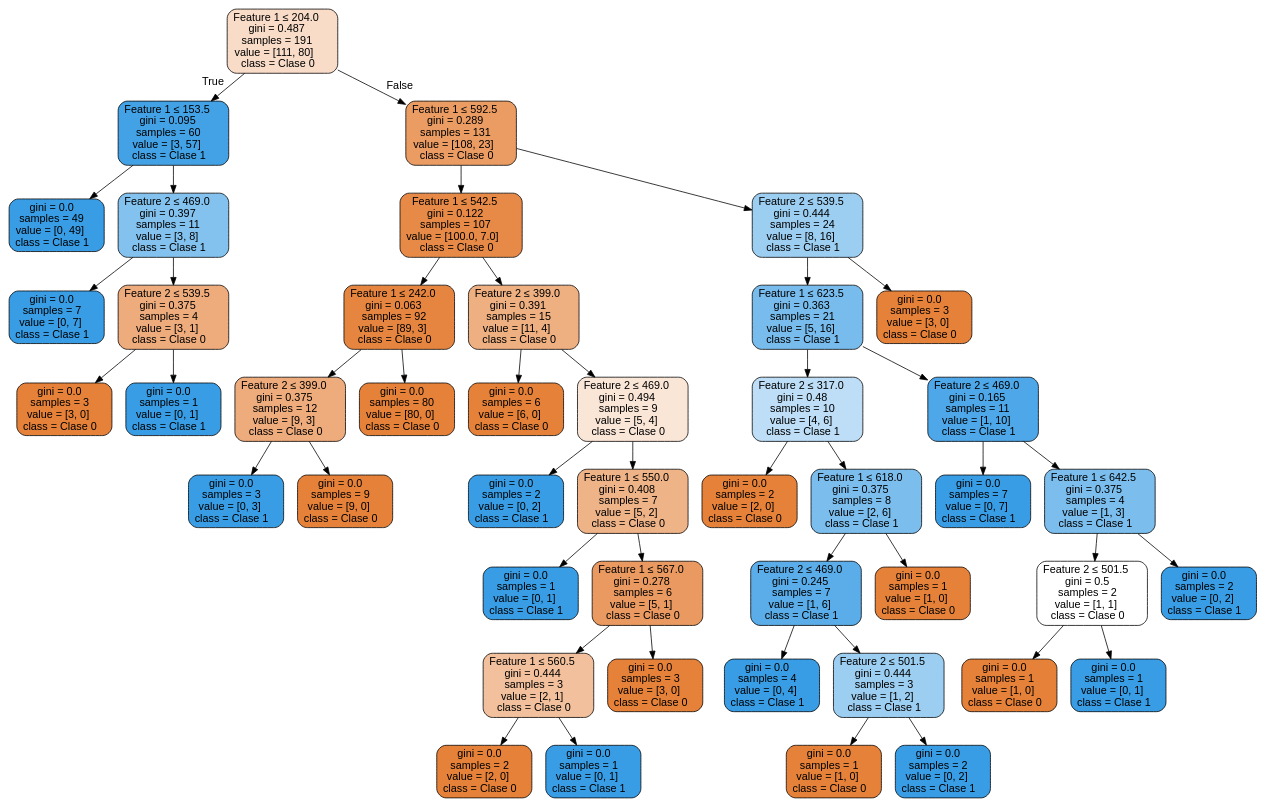
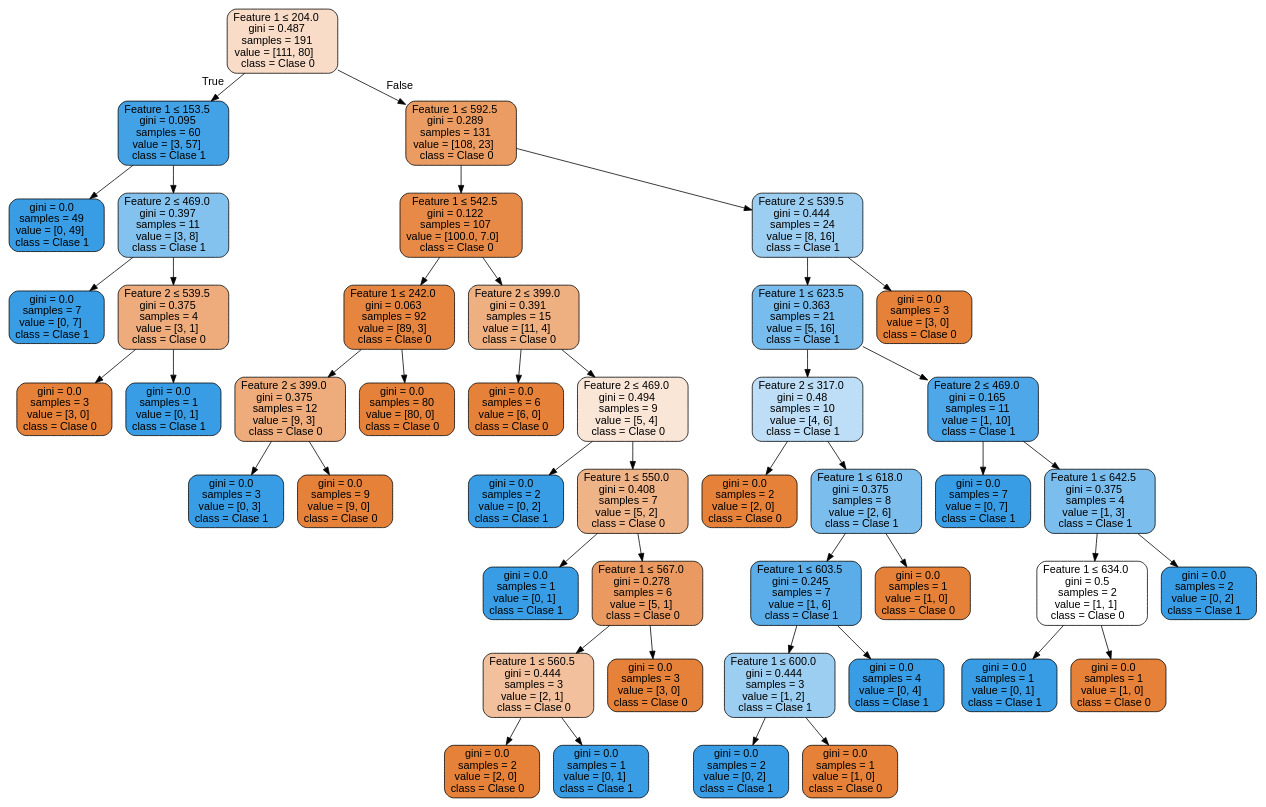
One commit to eAlcaraz85/IA.io changed the diagram in Source.gv. Above: the diagram before and after it, drawn with Graphviz. The commit also changed 5 other files, not shown here.

```diff
--- a/Source.gv
+++ b/Source.gv
@@ -1,93 +1,93 @@
 digraph Tree {
 node [shape=box, style="filled, rounded", color="black", fontname="helvetica"] ;
 edge [fontname="helvetica"] ;
 0 [label=<Feature 1 &le; 204.0<br/>gini = 0.487<br/>samples = 191<br/>value = [111, 80]<br/>class = Clase 0>, fillcolor="#f8dcc8"] ;
 1 [label=<Feature 1 &le; 153.5<br/>gini = 0.095<br/>samples = 60<br/>value = [3, 57]<br/>class = Clase 1>, fillcolor="#43a2e6"] ;
 0 -> 1 [labeldistance=2.5, labelangle=45, headlabel="True"] ;
 2 [label=<gini = 0.0<br/>samples = 49<br/>value = [0, 49]<br/>class = Clase 1>, fillcolor="#399de5"] ;
 1 -> 2 ;
 3 [label=<Feature 2 &le; 469.0<br/>gini = 0.397<br/>samples = 11<br/>value = [3, 8]<br/>class = Clase 1>, fillcolor="#83c2ef"] ;
 1 -> 3 ;
 4 [label=<gini = 0.0<br/>samples = 7<br/>value = [0, 7]<br/>class = Clase 1>, fillcolor="#399de5"] ;
 3 -> 4 ;
 5 [label=<Feature 2 &le; 539.5<br/>gini = 0.375<br/>samples = 4<br/>value = [3, 1]<br/>class = Clase 0>, fillcolor="#eeab7b"] ;
 3 -> 5 ;
 6 [label=<gini = 0.0<br/>samples = 3<br/>value = [3, 0]<br/>class = Clase 0>, fillcolor="#e58139"] ;
 5 -> 6 ;
 7 [label=<gini = 0.0<br/>samples = 1<br/>value = [0, 1]<br/>class = Clase 1>, fillcolor="#399de5"] ;
 5 -> 7 ;
 8 [label=<Feature 1 &le; 592.5<br/>gini = 0.289<br/>samples = 131<br/>value = [108, 23]<br/>class = Clase 0>, fillcolor="#eb9c63"] ;
 0 -> 8 [labeldistance=2.5, labelangle=-45, headlabel="False"] ;
 9 [label=<Feature 1 &le; 542.5<br/>gini = 0.122<br/>samples = 107<br/>value = [100.0, 7.0]<br/>class = Clase 0>, fillcolor="#e78a47"] ;
 8 -> 9 ;
 10 [label=<Feature 1 &le; 242.0<br/>gini = 0.063<br/>samples = 92<br/>value = [89, 3]<br/>class = Clase 0>, fillcolor="#e68540"] ;
 9 -> 10 ;
 11 [label=<Feature 2 &le; 399.0<br/>gini = 0.375<br/>samples = 12<br/>value = [9, 3]<br/>class = Clase 0>, fillcolor="#eeab7b"] ;
 10 -> 11 ;
 12 [label=<gini = 0.0<br/>samples = 3<br/>value = [0, 3]<br/>class = Clase 1>, fillcolor="#399de5"] ;
 11 -> 12 ;
 13 [label=<gini = 0.0<br/>samples = 9<br/>value = [9, 0]<br/>class = Clase 0>, fillcolor="#e58139"] ;
 11 -> 13 ;
 14 [label=<gini = 0.0<br/>samples = 80<br/>value = [80, 0]<br/>class = Clase 0>, fillcolor="#e58139"] ;
 10 -> 14 ;
 15 [label=<Feature 2 &le; 399.0<br/>gini = 0.391<br/>samples = 15<br/>value = [11, 4]<br/>class = Clase 0>, fillcolor="#eeaf81"] ;
 9 -> 15 ;
 16 [label=<gini = 0.0<br/>samples = 6<br/>value = [6, 0]<br/>class = Clase 0>, fillcolor="#e58139"] ;
 15 -> 16 ;
 17 [label=<Feature 2 &le; 469.0<br/>gini = 0.494<br/>samples = 9<br/>value = [5, 4]<br/>class = Clase 0>, fillcolor="#fae6d7"] ;
 15 -> 17 ;
 18 [label=<gini = 0.0<br/>samples = 2<br/>value = [0, 2]<br/>class = Clase 1>, fillcolor="#399de5"] ;
 17 -> 18 ;
 19 [label=<Feature 1 &le; 550.0<br/>gini = 0.408<br/>samples = 7<br/>value = [5, 2]<br/>class = Clase 0>, fillcolor="#efb388"] ;
 17 -> 19 ;
 20 [label=<gini = 0.0<br/>samples = 1<br/>value = [0, 1]<br/>class = Clase 1>, fillcolor="#399de5"] ;
 19 -> 20 ;
 21 [label=<Feature 1 &le; 567.0<br/>gini = 0.278<br/>samples = 6<br/>value = [5, 1]<br/>class = Clase 0>, fillcolor="#ea9a61"] ;
 19 -> 21 ;
 22 [label=<Feature 1 &le; 560.5<br/>gini = 0.444<br/>samples = 3<br/>value = [2, 1]<br/>class = Clase 0>, fillcolor="#f2c09c"] ;
 21 -> 22 ;
 23 [label=<gini = 0.0<br/>samples = 2<br/>value = [2, 0]<br/>class = Clase 0>, fillcolor="#e58139"] ;
 22 -> 23 ;
 24 [label=<gini = 0.0<br/>samples = 1<br/>value = [0, 1]<br/>class = Clase 1>, fillcolor="#399de5"] ;
 22 -> 24 ;
 25 [label=<gini = 0.0<br/>samples = 3<br/>value = [3, 0]<br/>class = Clase 0>, fillcolor="#e58139"] ;
 21 -> 25 ;
 26 [label=<Feature 2 &le; 539.5<br/>gini = 0.444<br/>samples = 24<br/>value = [8, 16]<br/>class = Clase 1>, fillcolor="#9ccef2"] ;
 8 -> 26 ;
 27 [label=<Feature 1 &le; 623.5<br/>gini = 0.363<br/>samples = 21<br/>value = [5, 16]<br/>class = Clase 1>, fillcolor="#77bced"] ;
 26 -> 27 ;
 28 [label=<Feature 2 &le; 317.0<br/>gini = 0.48<br/>samples = 10<br/>value = [4, 6]<br/>class = Clase 1>, fillcolor="#bddef6"] ;
 27 -> 28 ;
 29 [label=<gini = 0.0<br/>samples = 2<br/>value = [2, 0]<br/>class = Clase 0>, fillcolor="#e58139"] ;
 28 -> 29 ;
 30 [label=<Feature 1 &le; 618.0<br/>gini = 0.375<br/>samples = 8<br/>value = [2, 6]<br/>class = Clase 1>, fillcolor="#7bbeee"] ;
 28 -> 30 ;
-31 [label=<Feature 2 &le; 469.0<br/>gini = 0.245<br/>samples = 7<br/>value = [1, 6]<br/>class = Clase 1>, fillcolor="#5aade9"] ;
+31 [label=<Feature 1 &le; 603.5<br/>gini = 0.245<br/>samples = 7<br/>value = [1, 6]<br/>class = Clase 1>, fillcolor="#5aade9"] ;
 30 -> 31 ;
-32 [label=<gini = 0.0<br/>samples = 4<br/>value = [0, 4]<br/>class = Clase 1>, fillcolor="#399de5"] ;
+32 [label=<Feature 1 &le; 600.0<br/>gini = 0.444<br/>samples = 3<br/>value = [1, 2]<br/>class = Clase 1>, fillcolor="#9ccef2"] ;
 31 -> 32 ;
-33 [label=<Feature 2 &le; 501.5<br/>gini = 0.444<br/>samples = 3<br/>value = [1, 2]<br/>class = Clase 1>, fillcolor="#9ccef2"] ;
-31 -> 33 ;
+33 [label=<gini = 0.0<br/>samples = 2<br/>value = [0, 2]<br/>class = Clase 1>, fillcolor="#399de5"] ;
+32 -> 33 ;
 34 [label=<gini = 0.0<br/>samples = 1<br/>value = [1, 0]<br/>class = Clase 0>, fillcolor="#e58139"] ;
-33 -> 34 ;
-35 [label=<gini = 0.0<br/>samples = 2<br/>value = [0, 2]<br/>class = Clase 1>, fillcolor="#399de5"] ;
-33 -> 35 ;
+32 -> 34 ;
+35 [label=<gini = 0.0<br/>samples = 4<br/>value = [0, 4]<br/>class = Clase 1>, fillcolor="#399de5"] ;
+31 -> 35 ;
 36 [label=<gini = 0.0<br/>samples = 1<br/>value = [1, 0]<br/>class = Clase 0>, fillcolor="#e58139"] ;
 30 -> 36 ;
 37 [label=<Feature 2 &le; 469.0<br/>gini = 0.165<br/>samples = 11<br/>value = [1, 10]<br/>class = Clase 1>, fillcolor="#4da7e8"] ;
 27 -> 37 ;
 38 [label=<gini = 0.0<br/>samples = 7<br/>value = [0, 7]<br/>class = Clase 1>, fillcolor="#399de5"] ;
 37 -> 38 ;
 39 [label=<Feature 1 &le; 642.5<br/>gini = 0.375<br/>samples = 4<br/>value = [1, 3]<br/>class = Clase 1>, fillcolor="#7bbeee"] ;
 37 -> 39 ;
-40 [label=<Feature 2 &le; 501.5<br/>gini = 0.5<br/>samples = 2<br/>value = [1, 1]<br/>class = Clase 0>, fillcolor="#ffffff"] ;
+40 [label=<Feature 1 &le; 634.0<br/>gini = 0.5<br/>samples = 2<br/>value = [1, 1]<br/>class = Clase 0>, fillcolor="#ffffff"] ;
 39 -> 40 ;
-41 [label=<gini = 0.0<br/>samples = 1<br/>value = [1, 0]<br/>class = Clase 0>, fillcolor="#e58139"] ;
+41 [label=<gini = 0.0<br/>samples = 1<br/>value = [0, 1]<br/>class = Clase 1>, fillcolor="#399de5"] ;
 40 -> 41 ;
-42 [label=<gini = 0.0<br/>samples = 1<br/>value = [0, 1]<br/>class = Clase 1>, fillcolor="#399de5"] ;
+42 [label=<gini = 0.0<br/>samples = 1<br/>value = [1, 0]<br/>class = Clase 0>, fillcolor="#e58139"] ;
 40 -> 42 ;
 43 [label=<gini = 0.0<br/>samples = 2<br/>value = [0, 2]<br/>class = Clase 1>, fillcolor="#399de5"] ;
 39 -> 43 ;
 44 [label=<gini = 0.0<br/>samples = 3<br/>value = [3, 0]<br/>class = Clase 0>, fillcolor="#e58139"] ;
 26 -> 44 ;
 }
```
